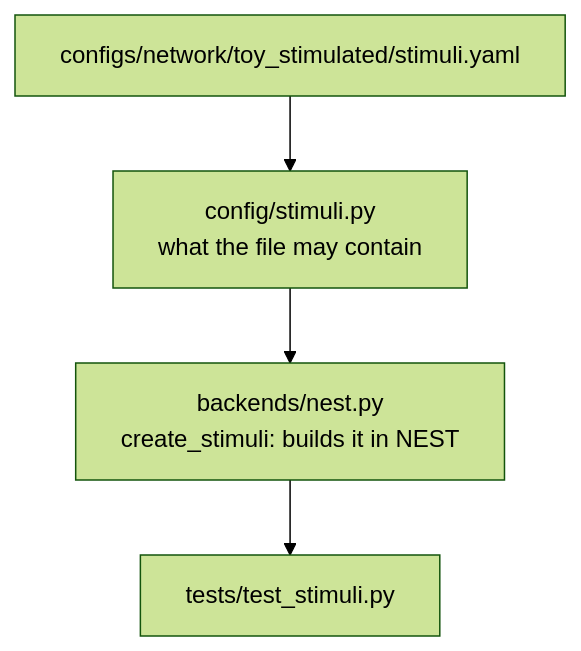
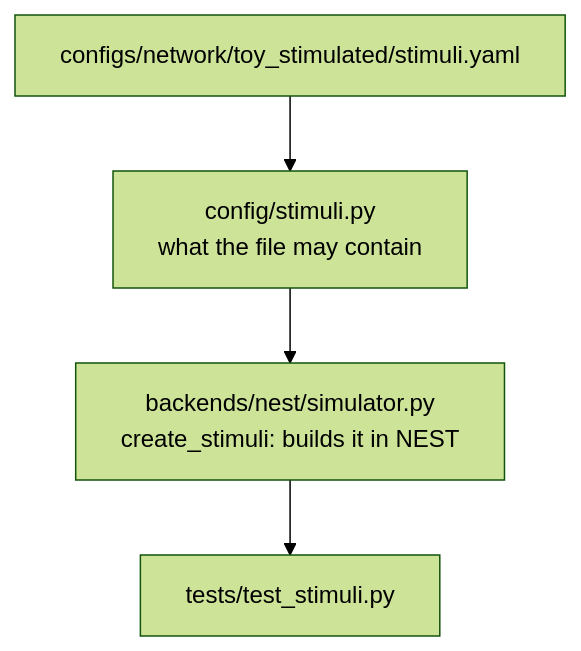
Before and after one commit to shimoura/microcircuit-lab: the first of 2 diagrams in CONTRIBUTING.md, drawn with Mermaid (forest theme). The commit also changed other lines of this file and 59 other files, not shown here.

Commit message:
core and test files renamed by purpose; compensation formulas in compensation.py; NEST backend in backends/nest/

````diff
--- a/CONTRIBUTING.md
+++ b/CONTRIBUTING.md
@@ -19,7 +19,7 @@
 ```mermaid
 %%{init: {"flowchart": {"wrappingWidth": 400}}}%%
 flowchart TD
   Y["configs/network/toy_stimulated/stimuli.yaml"] --> C["config/stimuli.py<br/>what the file may contain"]
-  C --> B["backends/nest.py<br/>create_stimuli: builds it in NEST"]
+  C --> B["backends/nest/simulator.py<br/>create_stimuli: builds it in NEST"]
   B --> T["tests/test_stimuli.py"]
 ```
````
